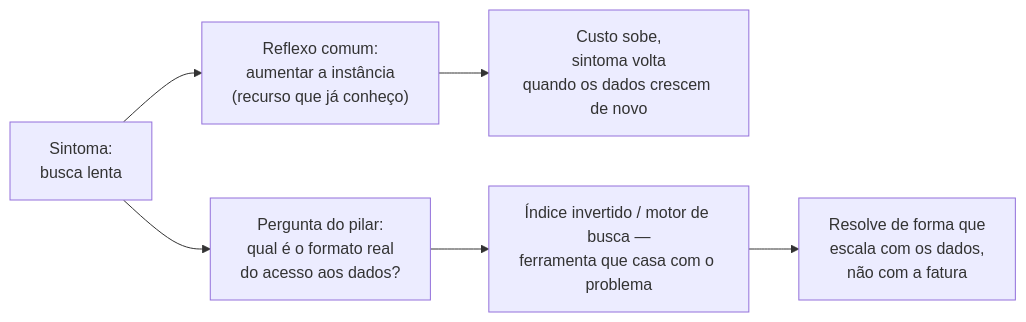
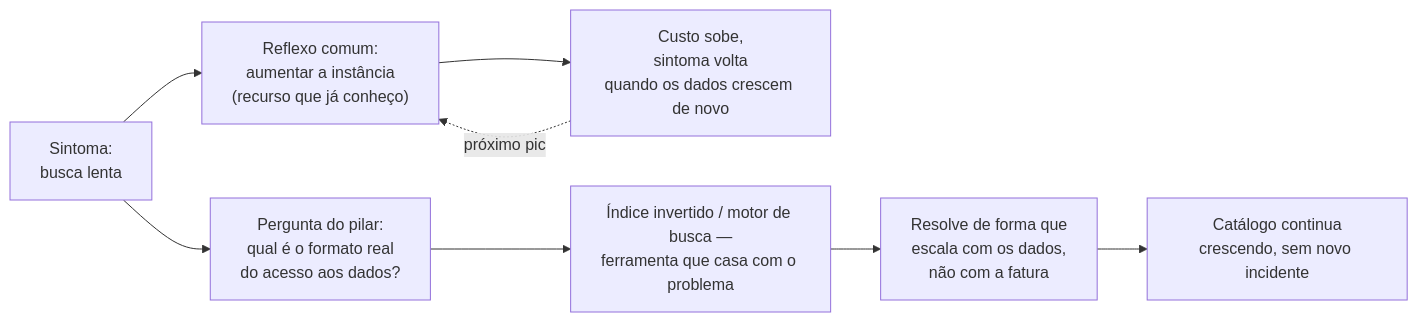
Before and after one commit to josenaldo/codex-technomanticus: the first of 4 diagrams in 03-Dominios/Tecnologia/Cloud/03 - Well-Architected Framework/05 - Eficiência de performance.md, drawn with Mermaid. The commit also changed other lines of this file, not shown here.

````diff
--- a/03-Dominios/Tecnologia/Cloud/03 - Well-Architected Framework/05 - Eficiência de performance.md
+++ b/03-Dominios/Tecnologia/Cloud/03 - Well-Architected Framework/05 - Eficiência de performance.md
@@ -31,8 +31,10 @@
 ```mermaid
 flowchart LR
     P["Sintoma:<br/>busca lenta"] --> R1["Reflexo comum:<br/>aumentar a instância<br/>(recurso que já conheço)"]
     P --> R2["Pergunta do pilar:<br/>qual é o formato real<br/>do acesso aos dados?"]
     R1 --> C1["Custo sobe,<br/>sintoma volta<br/>quando os dados crescem de novo"]
+    C1 -.próximo pico.-> R1
     R2 --> C2["Índice invertido / motor de busca —<br/>ferramenta que casa com o problema"]
     C2 --> Fix["Resolve de forma que<br/>escala com os dados,<br/>não com a fatura"]
+    Fix --> Grow["Catálogo continua<br/>crescendo, sem novo incidente"]
 ```
````
